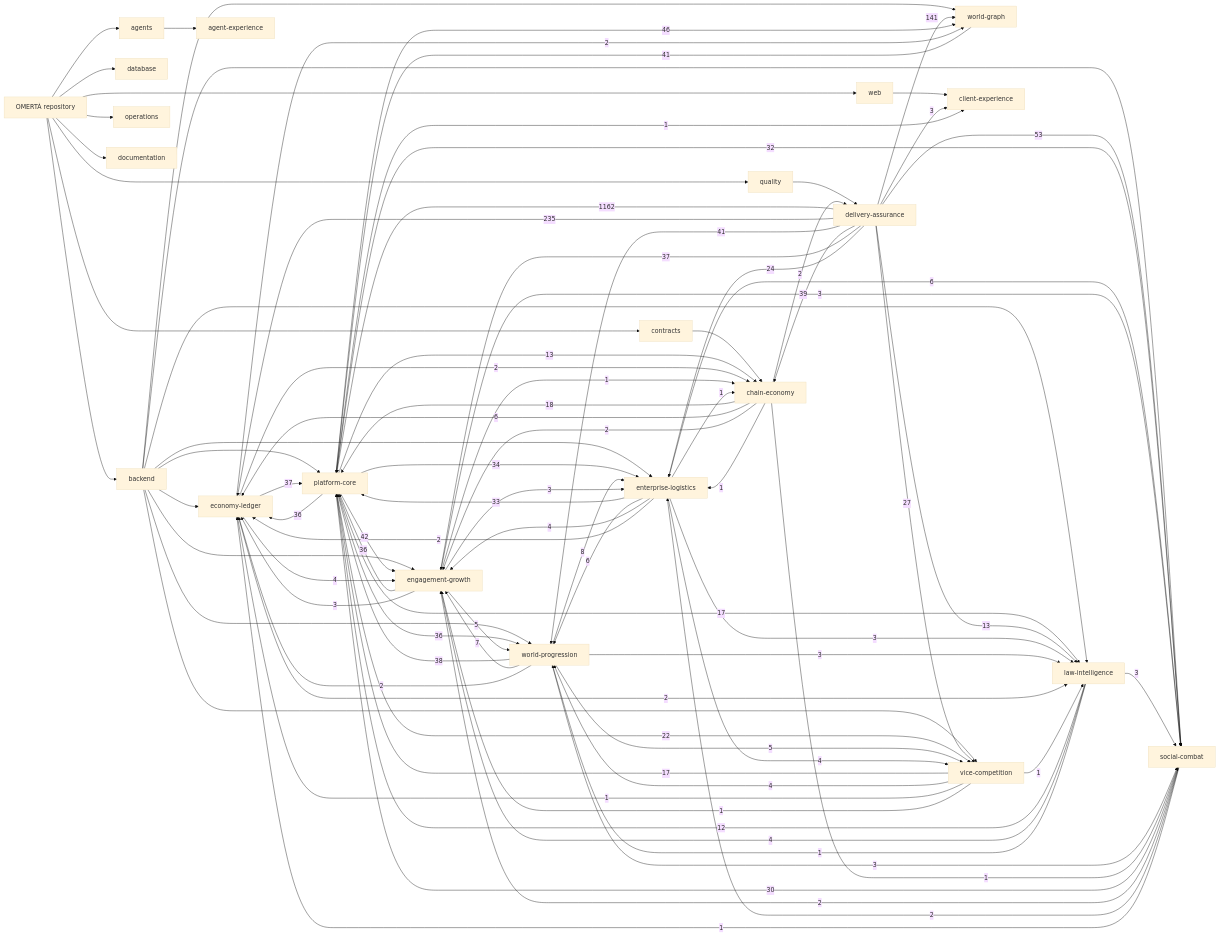
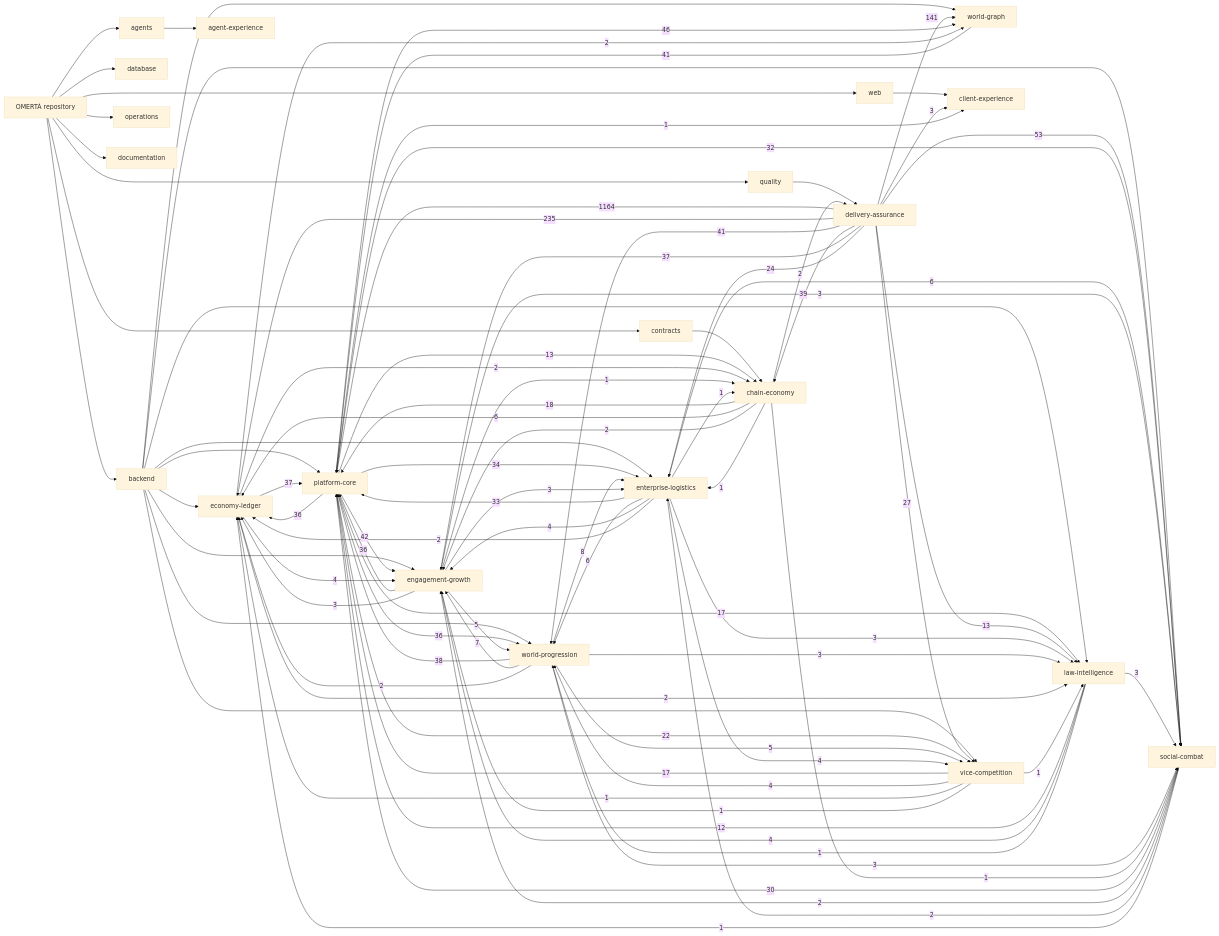
The diagram in knowledge/generated/graph.mmd (OmertaDev/Omerta), drawn with Mermaid (base theme) before and after one commit. The commit also changed 8 other files, not shown here.

```diff
--- a/knowledge/generated/graph.mmd
+++ b/knowledge/generated/graph.mmd
@@ -1,111 +1,111 @@
 flowchart LR
   repo["OMERTÀ repository"]
   sub_backend["backend"]
   repo --> sub_backend
   sub_database["database"]
   repo --> sub_database
   sub_web["web"]
   repo --> sub_web
   sub_contracts["contracts"]
   repo --> sub_contracts
   sub_agents["agents"]
   repo --> sub_agents
   sub_quality["quality"]
   repo --> sub_quality
   sub_operations["operations"]
   repo --> sub_operations
   sub_documentation["documentation"]
   repo --> sub_documentation
   dom_platform-core["platform-core"]
   dom_economy-ledger["economy-ledger"]
   dom_social-combat["social-combat"]
   dom_world-progression["world-progression"]
   dom_world-graph["world-graph"]
   dom_enterprise-logistics["enterprise-logistics"]
   dom_vice-competition["vice-competition"]
   dom_law-intelligence["law-intelligence"]
   dom_chain-economy["chain-economy"]
   dom_engagement-growth["engagement-growth"]
   dom_client-experience["client-experience"]
   dom_agent-experience["agent-experience"]
   dom_delivery-assurance["delivery-assurance"]
   sub_agents --> dom_agent-experience
   sub_backend --> dom_economy-ledger
   sub_backend --> dom_engagement-growth
   sub_backend --> dom_enterprise-logistics
   sub_backend --> dom_law-intelligence
   sub_backend --> dom_platform-core
   sub_backend --> dom_social-combat
   sub_backend --> dom_vice-competition
   sub_backend --> dom_world-graph
   sub_backend --> dom_world-progression
   sub_contracts --> dom_chain-economy
   sub_quality --> dom_delivery-assurance
   sub_web --> dom_client-experience
-  dom_delivery-assurance -->|1162| dom_platform-core
+  dom_delivery-assurance -->|1164| dom_platform-core
   dom_delivery-assurance -->|235| dom_economy-ledger
   dom_delivery-assurance -->|141| dom_world-graph
   dom_delivery-assurance -->|53| dom_social-combat
   dom_platform-core -->|46| dom_world-graph
   dom_platform-core -->|42| dom_engagement-growth
   dom_delivery-assurance -->|41| dom_world-progression
   dom_world-graph -->|41| dom_platform-core
   dom_delivery-assurance -->|39| dom_chain-economy
   dom_world-progression -->|38| dom_platform-core
   dom_delivery-assurance -->|37| dom_engagement-growth
   dom_economy-ledger -->|37| dom_platform-core
   dom_engagement-growth -->|36| dom_platform-core
   dom_platform-core -->|36| dom_economy-ledger
   dom_platform-core -->|36| dom_world-progression
   dom_platform-core -->|34| dom_enterprise-logistics
   dom_enterprise-logistics -->|33| dom_platform-core
   dom_platform-core -->|32| dom_social-combat
   dom_social-combat -->|30| dom_platform-core
   dom_delivery-assurance -->|27| dom_vice-competition
   dom_delivery-assurance -->|24| dom_enterprise-logistics
   dom_platform-core -->|22| dom_vice-competition
   dom_chain-economy -->|18| dom_platform-core
   dom_platform-core -->|17| dom_law-intelligence
   dom_vice-competition -->|17| dom_platform-core
   dom_delivery-assurance -->|13| dom_law-intelligence
   dom_platform-core -->|13| dom_chain-economy
   dom_law-intelligence -->|12| dom_platform-core
   dom_world-progression -->|8| dom_enterprise-logistics
   dom_world-progression -->|7| dom_engagement-growth
   dom_chain-economy -->|6| dom_economy-ledger
   dom_enterprise-logistics -->|6| dom_social-combat
   dom_enterprise-logistics -->|6| dom_world-progression
   dom_engagement-growth -->|5| dom_world-progression
   dom_world-progression -->|5| dom_vice-competition
   dom_economy-ledger -->|4| dom_engagement-growth
   dom_enterprise-logistics -->|4| dom_engagement-growth
   dom_enterprise-logistics -->|4| dom_vice-competition
   dom_law-intelligence -->|4| dom_engagement-growth
   dom_vice-competition -->|4| dom_world-progression
   dom_delivery-assurance -->|3| dom_client-experience
   dom_engagement-growth -->|3| dom_economy-ledger
   dom_engagement-growth -->|3| dom_enterprise-logistics
   dom_engagement-growth -->|3| dom_social-combat
   dom_enterprise-logistics -->|3| dom_law-intelligence
   dom_law-intelligence -->|3| dom_social-combat
   dom_world-progression -->|3| dom_law-intelligence
   dom_world-progression -->|3| dom_social-combat
   dom_chain-economy -->|2| dom_delivery-assurance
   dom_chain-economy -->|2| dom_engagement-growth
   dom_economy-ledger -->|2| dom_chain-economy
   dom_economy-ledger -->|2| dom_law-intelligence
   dom_economy-ledger -->|2| dom_world-graph
   dom_enterprise-logistics -->|2| dom_economy-ledger
   dom_social-combat -->|2| dom_engagement-growth
   dom_social-combat -->|2| dom_enterprise-logistics
   dom_world-progression -->|2| dom_economy-ledger
   dom_chain-economy -->|1| dom_enterprise-logistics
   dom_chain-economy -->|1| dom_social-combat
   dom_engagement-growth -->|1| dom_chain-economy
   dom_enterprise-logistics -->|1| dom_chain-economy
   dom_law-intelligence -->|1| dom_world-progression
   dom_platform-core -->|1| dom_client-experience
   dom_social-combat -->|1| dom_economy-ledger
   dom_vice-competition -->|1| dom_economy-ledger
   dom_vice-competition -->|1| dom_engagement-growth
   dom_vice-competition -->|1| dom_law-intelligence
```
